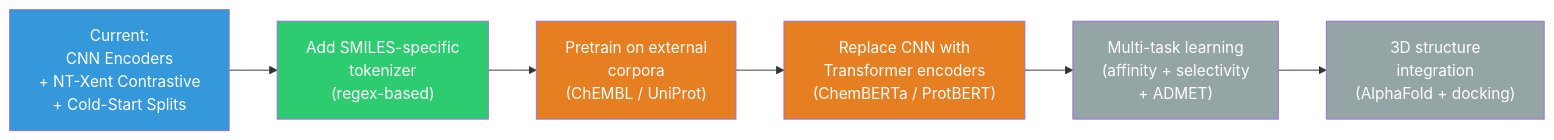
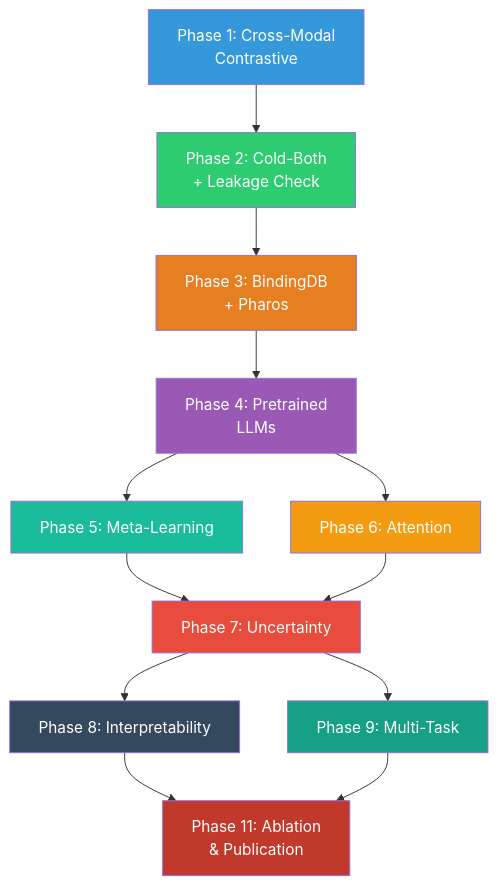
Before and after one commit to Karthik0000007/Drug_Discovery: the tenth of 10 diagrams in CL_DTA_ARCHITECTURE.md, drawn with Mermaid. The commit also changed other lines of this file, not shown here.

````diff
--- a/CL_DTA_ARCHITECTURE.md
+++ b/CL_DTA_ARCHITECTURE.md
@@ -1903,15 +2500,25 @@
 ```mermaid
-graph LR
-    A["Current:<br/>CNN Encoders<br/>+ NT-Xent Contrastive<br/>+ Cold-Start Splits"] --> B["Add SMILES-specific<br/>tokenizer<br/>(regex-based)"]
-    B --> C["Pretrain on external<br/>corpora<br/>(ChEMBL / UniProt)"]
-    C --> D["Replace CNN with<br/>Transformer encoders<br/>(ChemBERTa / ProtBERT)"]
-    D --> E["Multi-task learning<br/>(affinity + selectivity<br/>+ ADMET)"]
-    E --> F["3D structure<br/>integration<br/>(AlphaFold + docking)"]
+graph TB
+    P1[Phase 1: Cross-Modal<br/>Contrastive] --> P2[Phase 2: Cold-Both<br/>+ Leakage Check]
+    P2 --> P3[Phase 3: BindingDB<br/>+ Pharos]
+    P3 --> P4[Phase 4: Pretrained<br/>LLMs]
+    P4 --> P5[Phase 5: Meta-Learning]
+    P4 --> P6[Phase 6: Attention]
+    P5 --> P7[Phase 7: Uncertainty]
+    P6 --> P7
+    P7 --> P8[Phase 8: Interpretability]
+    P7 --> P9[Phase 9: Multi-Task]
+    P8 --> P11[Phase 11: Ablation<br/>& Publication]
+    P9 --> P11
 
-    style A fill:#3498db,color:#fff
-    style B fill:#2ecc71,color:#fff
-    style C fill:#e67e22,color:#fff
-    style D fill:#e67e22,color:#fff
-    style E fill:#95a5a6,color:#fff
-    style F fill:#95a5a6,color:#fff
+    style P1 fill:#3498db,color:#fff
+    style P2 fill:#2ecc71,color:#fff
+    style P3 fill:#e67e22,color:#fff
+    style P4 fill:#9b59b6,color:#fff
+    style P5 fill:#1abc9c,color:#fff
+    style P6 fill:#f39c12,color:#fff
+    style P7 fill:#e74c3c,color:#fff
+    style P8 fill:#34495e,color:#fff
+    style P9 fill:#16a085,color:#fff
+    style P11 fill:#c0392b,color:#fff
 ```
````
